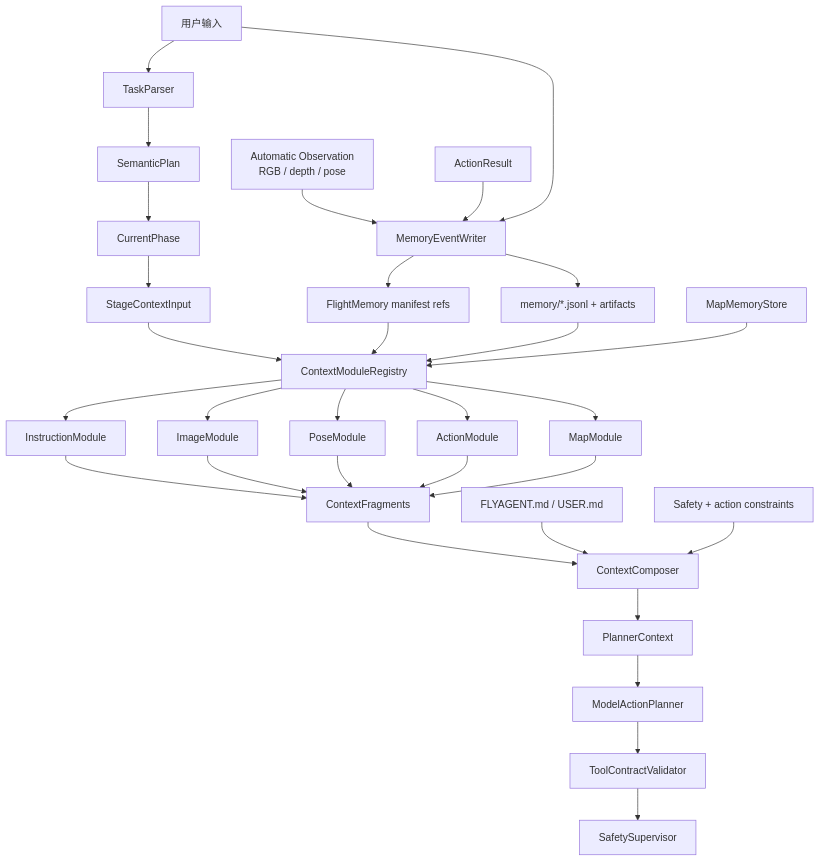
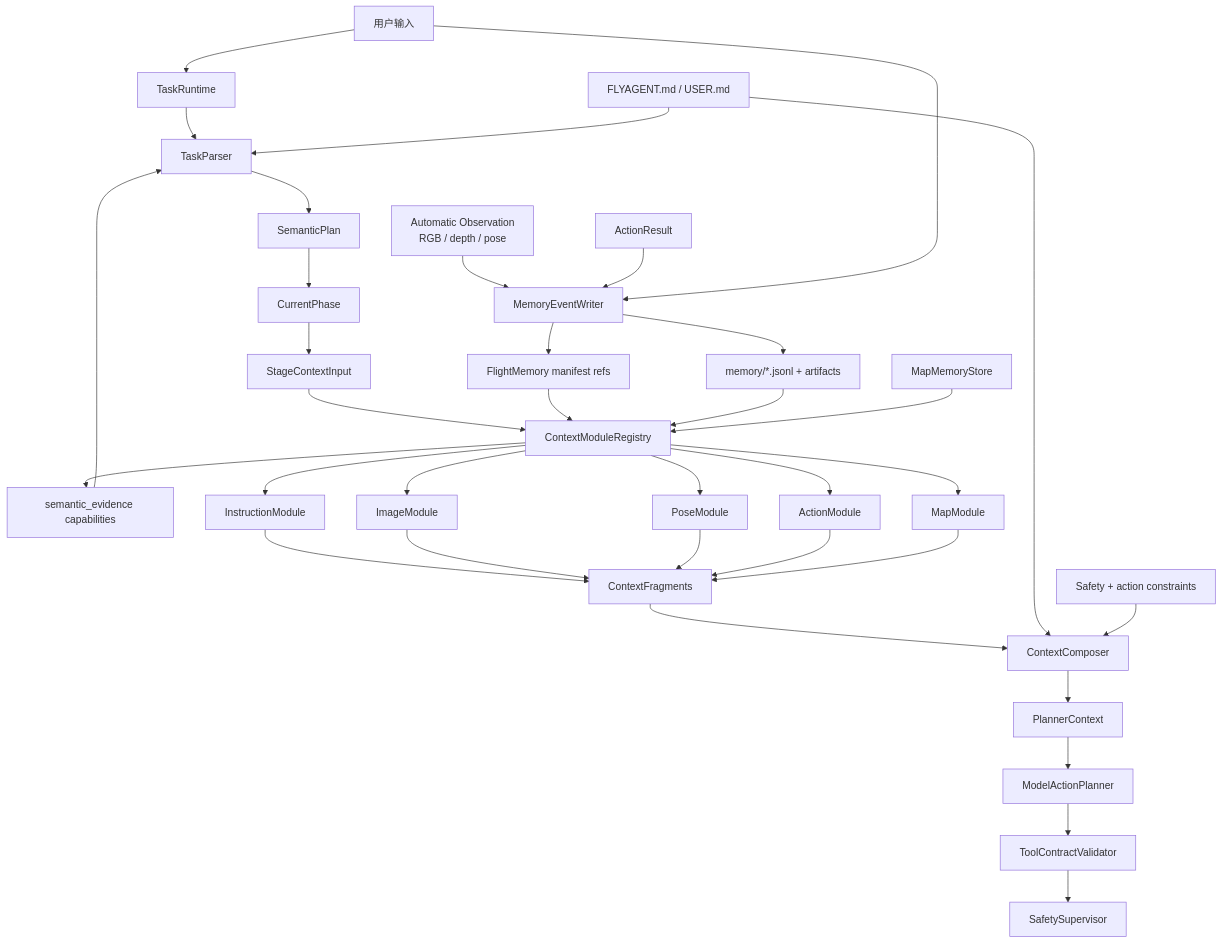
Before and after one commit to LZ6years/AeroPilot: the diagram in docs/memory_system/09_implementation_strategy.md, drawn with Mermaid. The commit also changed other lines of this file and 76 other files, not shown here.

Commit message:
checkpoint: unified runtime and semantic prompt refactor

````diff
--- a/docs/memory_system/09_implementation_strategy.md
+++ b/docs/memory_system/09_implementation_strategy.md
@@ -7,38 +7,42 @@
 ```mermaid
 flowchart TD
-    U["用户输入"] --> TP["TaskParser"]
+    U["用户输入"] --> RT["TaskRuntime"]
+    REG --> CAP["semantic_evidence capabilities"]
+    CAP --> TP["TaskParser"]
+    RT --> TP
     TP --> SP["SemanticPlan"]
     SP --> PH["CurrentPhase"]
     PH --> SI["StageContextInput"]
 
     OBS["Automatic Observation<br/>RGB / depth / pose"] --> WR["MemoryEventWriter"]
     ACT["ActionResult"] --> WR
     U --> WR
     WR --> JSONL["memory/*.jsonl + artifacts"]
     WR --> FM["FlightMemory manifest refs"]
 
     SI --> REG["ContextModuleRegistry"]
     FM --> REG
     JSONL --> REG
     MAPMEM["MapMemoryStore"] --> REG
 
     REG --> IM["InstructionModule"]
     REG --> IMG["ImageModule"]
     REG --> PM["PoseModule"]
     REG --> AM["ActionModule"]
     REG --> MM["MapModule"]
 
     IM --> FR["ContextFragments"]
     IMG --> FR
     PM --> FR
     AM --> FR
     MM --> FR
 
     FR --> CC["ContextComposer"]
     RULES["FLYAGENT.md / USER.md"] --> CC
+    RULES --> TP
     SAFE["Safety + action constraints"] --> CC
     CC --> PC["PlannerContext"]
     PC --> MAP["ModelActionPlanner"]
     MAP --> TCV["ToolContractValidator"]
     TCV --> SS["SafetySupervisor"]
 ```
````
